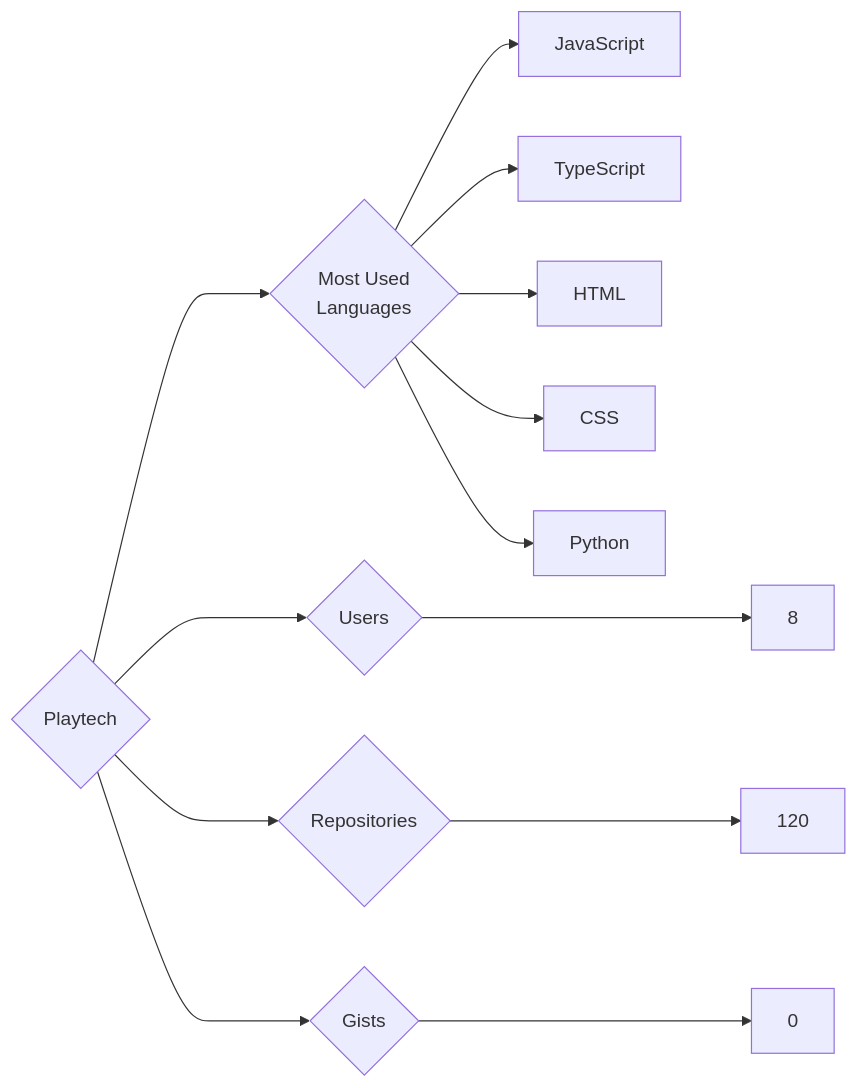
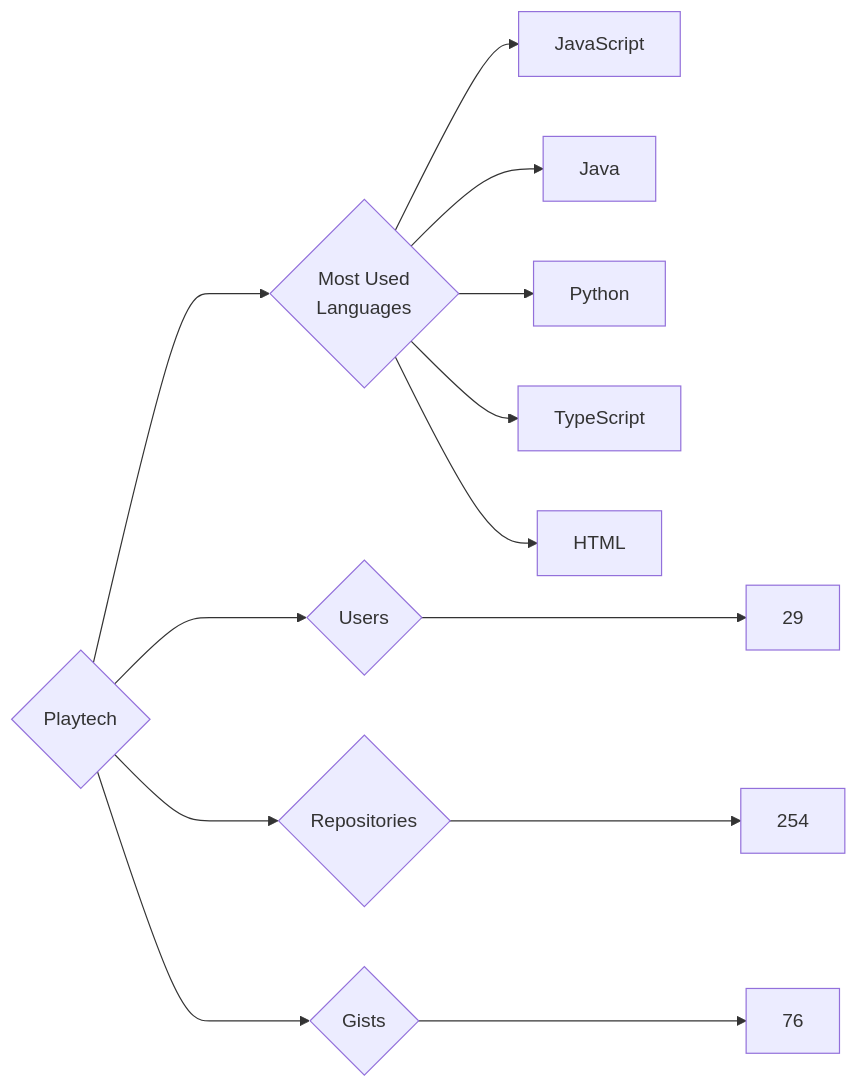
Before and after one commit to trickest/insiders: the diagram in targets/Playtech/README.md, drawn with Mermaid. The commit also changed 997 other files, not shown here.

````diff
--- a/targets/Playtech/README.md
+++ b/targets/Playtech/README.md
@@ -3,13 +3,13 @@
 ```mermaid
 graph LR
 COMPANY_NAME{Playtech}
-COMPANY_NAME ---> U{Users} ---> UN[8]
-COMPANY_NAME ---> R{Repositories} ---> RN[120]
-COMPANY_NAME ---> G{Gists} ---> GN[0]
+COMPANY_NAME ---> U{Users} ---> UN[29]
+COMPANY_NAME ---> R{Repositories} ---> RN[254]
+COMPANY_NAME ---> G{Gists} ---> GN[76]
 COMPANY_NAME ---> ML{Most Used<br>Languages}
-ML --> JavaScript
-ML --> TypeScript
-ML --> HTML
-ML --> CSS
-ML --> Python
+ML --> JavaScript[JavaScript]
+ML --> Java[Java]
+ML --> Python[Python]
+ML --> TypeScript[TypeScript]
+ML --> HTML[HTML]
 ```
````
